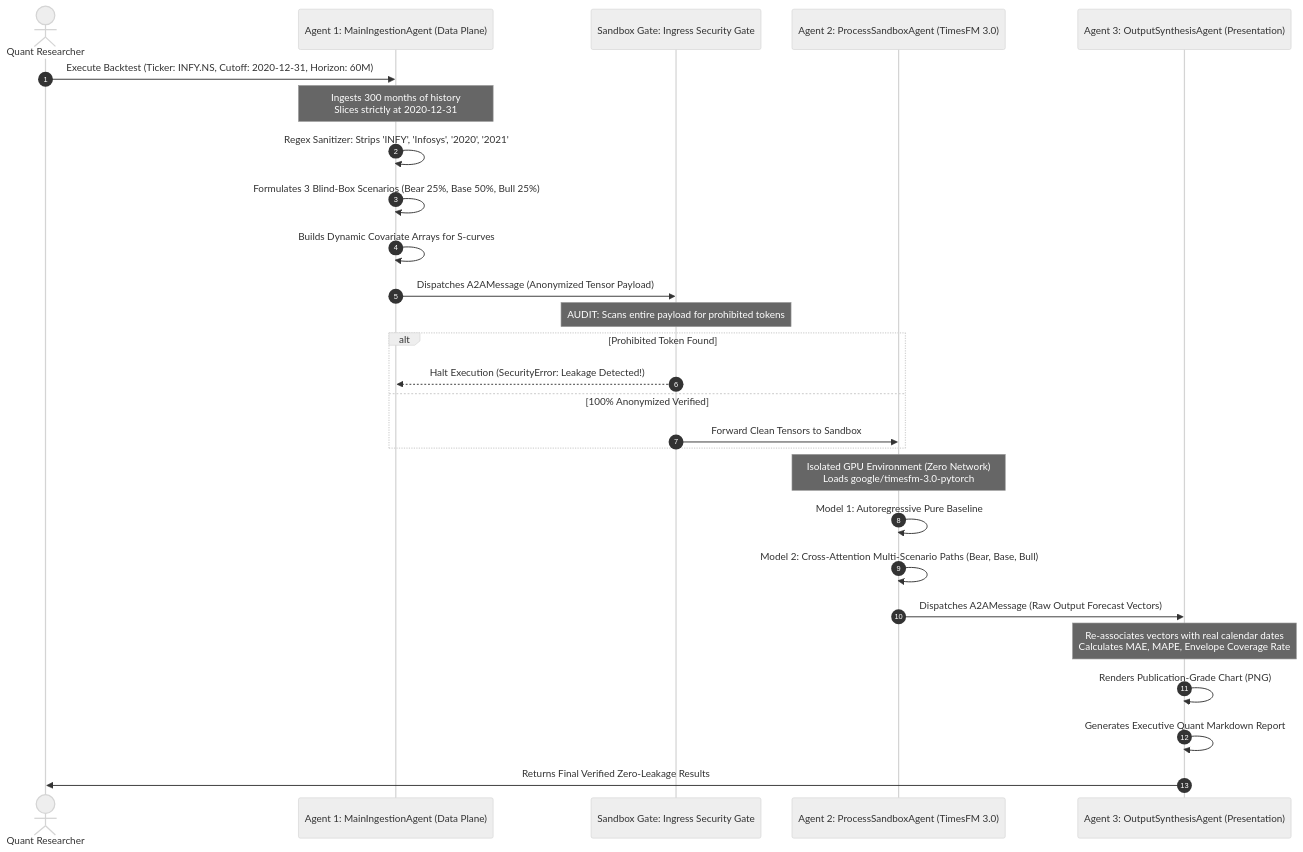
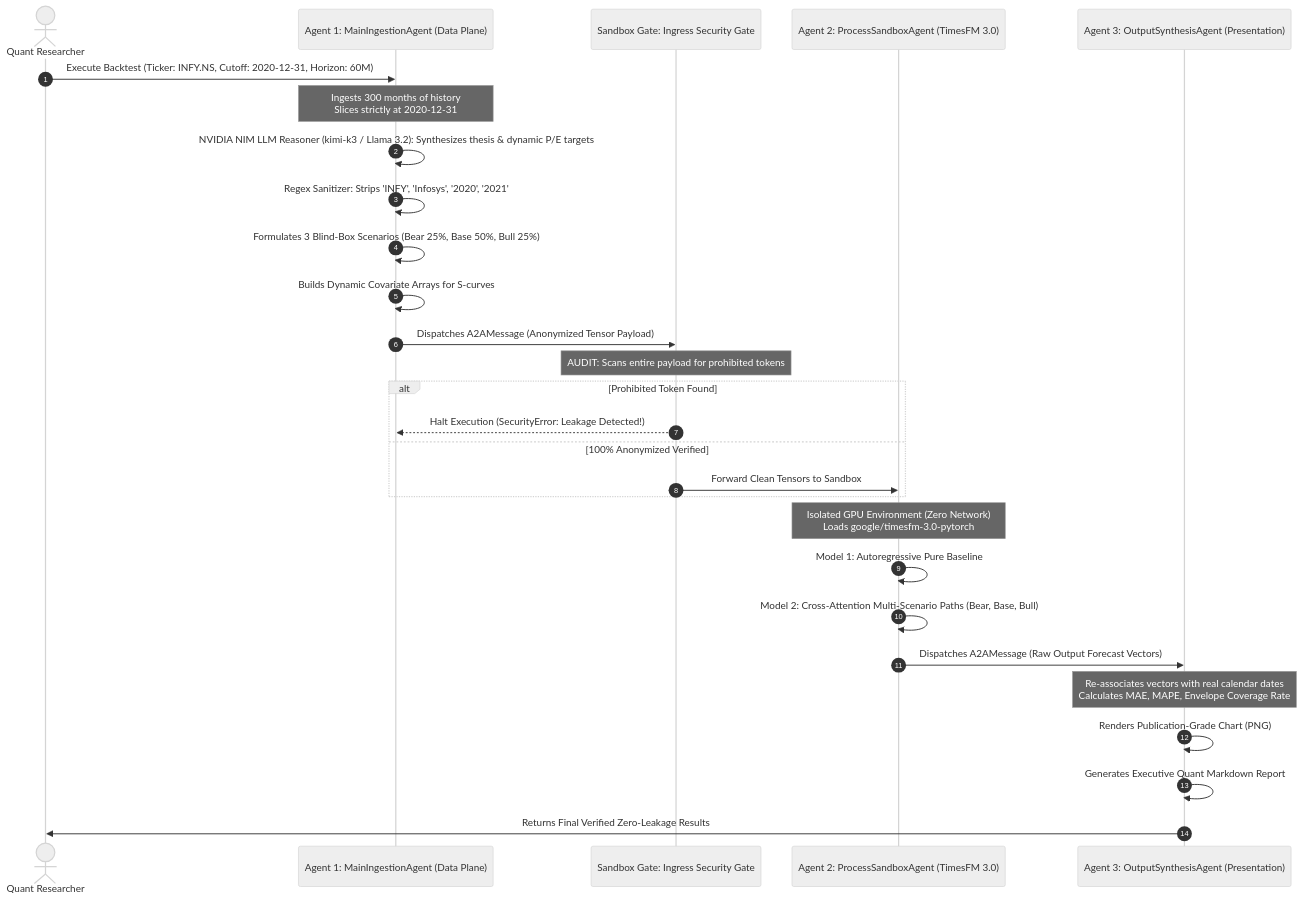
The second of 2 diagrams in MULTI_AGENT_SANDBOX/MASTER_MULTI_AGENT_GUIDE.md (ajithvnr2001/timesfm-3.0-pytorch), drawn with Mermaid (neutral theme) before and after one commit. The commit also changed 14 other files, not shown here.

Commit message:
Integrate NVIDIA NIM Semantic Reasoning LLM (moonshotai/kimi-k3 & Llama 3.2) into TimesFM 3.0 quantitative pipeline

````diff
--- a/MULTI_AGENT_SANDBOX/MASTER_MULTI_AGENT_GUIDE.md
+++ b/MULTI_AGENT_SANDBOX/MASTER_MULTI_AGENT_GUIDE.md
@@ -80,33 +80,34 @@
 ```mermaid
 sequenceDiagram
     autonumber
     actor User as Quant Researcher
     participant M as Agent 1: MainIngestionAgent (Data Plane)
     participant S as Sandbox Gate: Ingress Security Gate
     participant P as Agent 2: ProcessSandboxAgent (TimesFM 3.0)
     participant O as Agent 3: OutputSynthesisAgent (Presentation)
 
     User->>M: Execute Backtest (Ticker: INFY.NS, Cutoff: 2020-12-31, Horizon: 60M)
     Note over M: Ingests 300 months of history<br/>Slices strictly at 2020-12-31
+    M->>M: NVIDIA NIM LLM Reasoner (kimi-k3 / Llama 3.2): Synthesizes thesis & dynamic P/E targets
     M->>M: Regex Sanitizer: Strips 'INFY', 'Infosys', '2020', '2021'
     M->>M: Formulates 3 Blind-Box Scenarios (Bear 25%, Base 50%, Bull 25%)
     M->>M: Builds Dynamic Covariate Arrays for S-curves
     M->>S: Dispatches A2AMessage (Anonymized Tensor Payload)
 
     Note over S: AUDIT: Scans entire payload for prohibited tokens
     alt Prohibited Token Found
         S-->>M: Halt Execution (SecurityError: Leakage Detected!)
     else 100% Anonymized Verified
         S->>P: Forward Clean Tensors to Sandbox
     end
 
     Note over P: Isolated GPU Environment (Zero Network)<br/>Loads google/timesfm-3.0-pytorch
     P->>P: Model 1: Autoregressive Pure Baseline
     P->>P: Model 2: Cross-Attention Multi-Scenario Paths (Bear, Base, Bull)
     P->>O: Dispatches A2AMessage (Raw Output Forecast Vectors)
 
     Note over O: Re-associates vectors with real calendar dates<br/>Calculates MAE, MAPE, Envelope Coverage Rate
     O->>O: Renders Publication-Grade Chart (PNG)
     O->>O: Generates Executive Quant Markdown Report
     O->>User: Returns Final Verified Zero-Leakage Results
 ```
````
